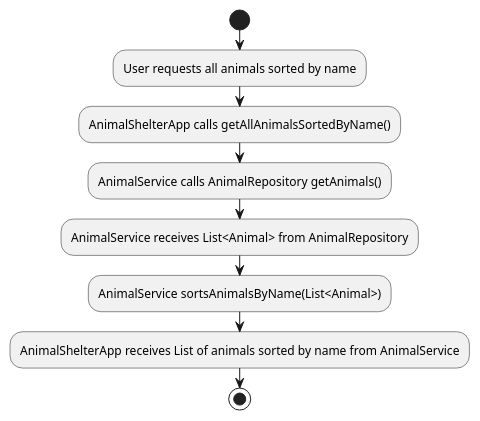
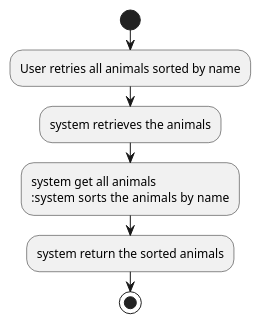
One commit to 9elmaz9/AnimalShelterTest changed the diagram in src/main/java/analysis/flowchart_animalSortetByName.puml. Above: the diagram before and after it, drawn with PlantUML. The commit also changed other lines of this file and 14 other files, not shown here.

```diff
--- a/src/main/java/analysis/flowchart_animalSortetByName.puml
+++ b/src/main/java/analysis/flowchart_animalSortetByName.puml
@@ -1,12 +1,12 @@
 @startuml
 
 start
-:User requests all animals sorted by name;
-:AnimalShelterApp calls getAllAnimalsSortedByName();
-:AnimalService calls AnimalRepository getAnimals();
-:AnimalService receives List<Animal> from AnimalRepository;
-:AnimalService sortsAnimalsByName(List<Animal>);
-:AnimalShelterApp receives List of animals sorted by name from AnimalService;
+:User retries all animals sorted by name;
+:system retrieves the animals;
+:system get all animals
+:system sorts the animals  by name;
+:system return the sorted animals;
+
 stop
 
 @enduml
```
